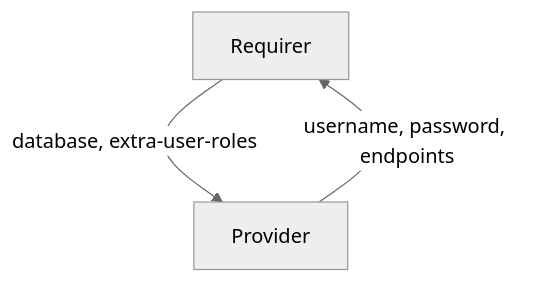
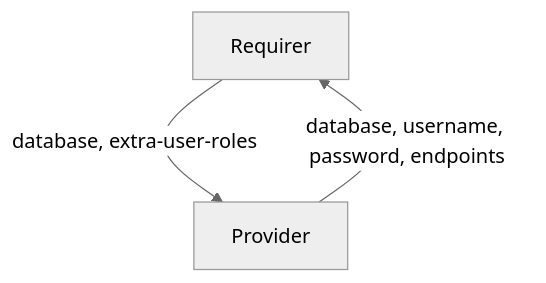
One commit to canonical/charm-relation-interfaces changed the diagram in interfaces/mongodb_client/v0/README.md. Above: the diagram before and after it, drawn with Mermaid (neutral theme). The commit also changed other lines of this file and 7 other files, not shown here.

````diff
--- a/interfaces/mongodb_client/v0/README.md
+++ b/interfaces/mongodb_client/v0/README.md
@@ -12,5 +12,5 @@
 ```mermaid
 flowchart TD
     Requirer -- database, extra-user-roles --> Provider
-    Provider -- username, password, endpoints --> Requirer
+    Provider -- database, username, password, endpoints --> Requirer
 ```
````
